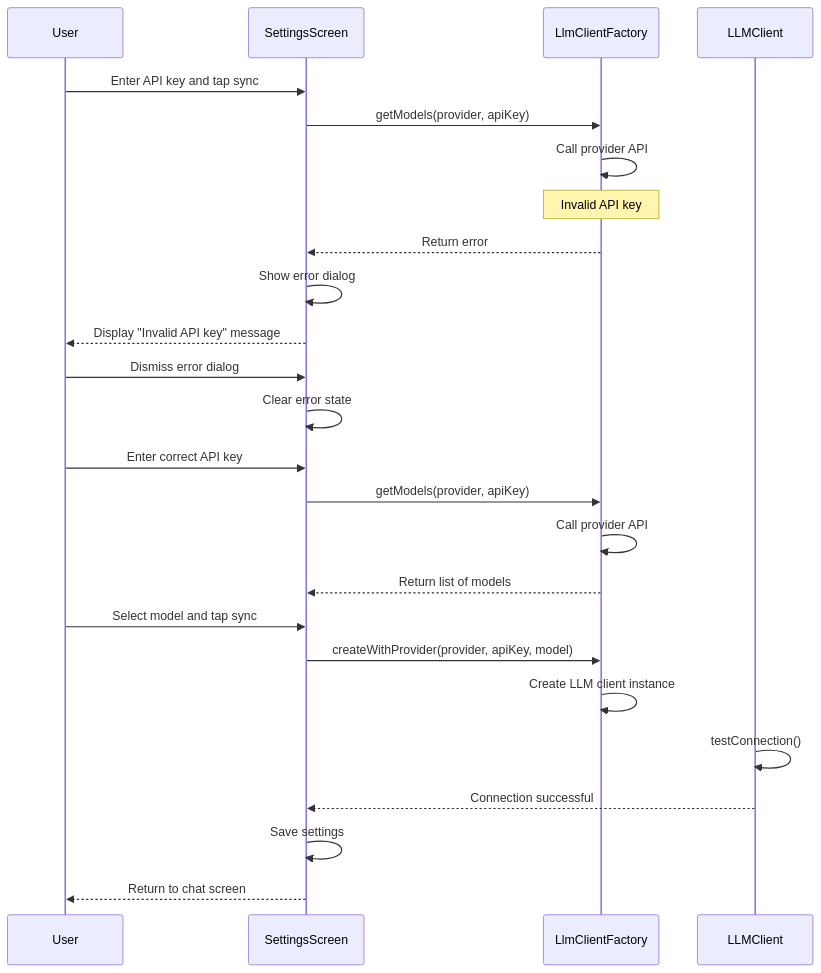
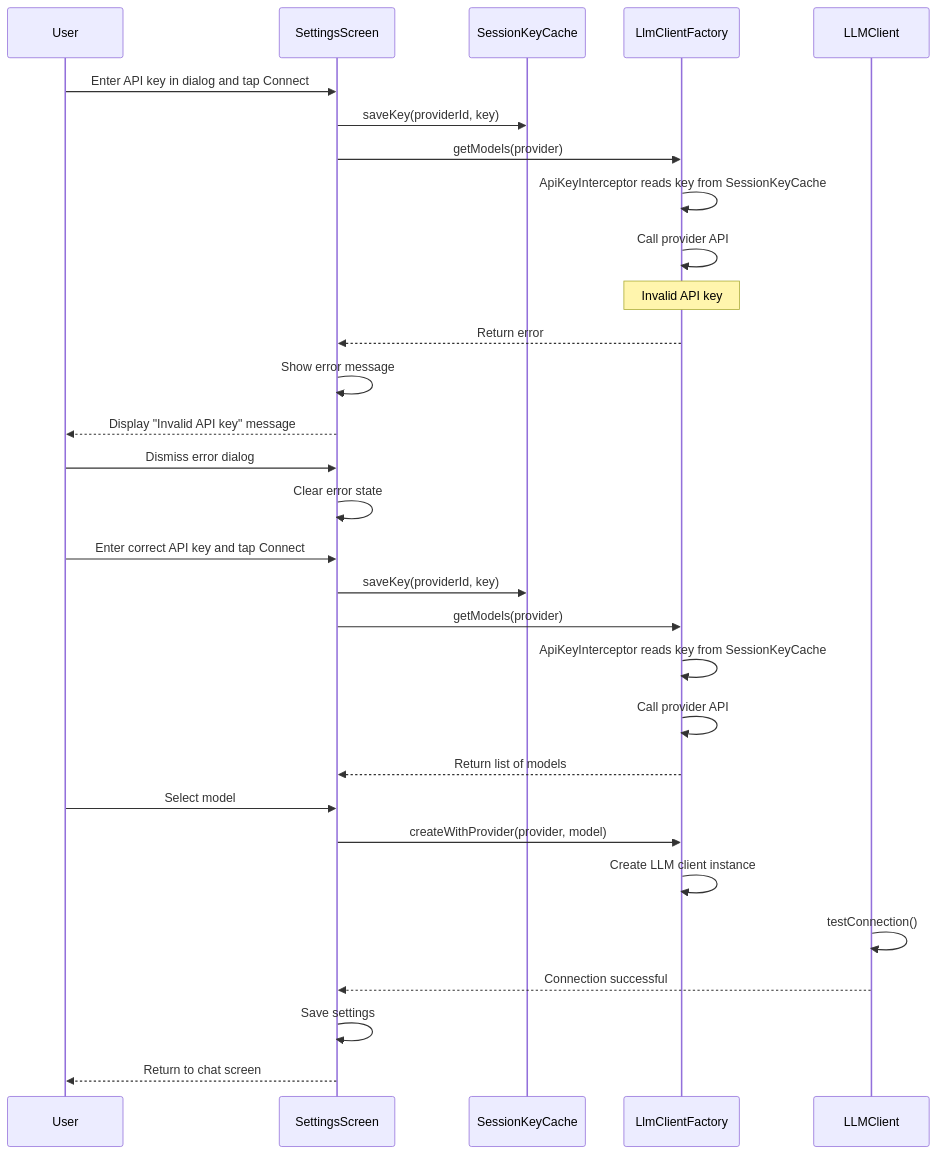
The fifth of 11 diagrams in docs/seq_others.md (lehoang318/buddy), drawn with Mermaid before and after one commit. The commit also changed other lines of this file and 9 other files, not shown here.

````diff
--- a/docs/seq_others.md
+++ b/docs/seq_others.md
@@ -155,33 +162,38 @@
 ```mermaid
 sequenceDiagram
     participant User
     participant SettingsScreen
+    participant SessionKeyCache
     participant LlmClientFactory
     participant LLMClient
 
-    User->>SettingsScreen: Enter API key and tap sync
-    SettingsScreen->>LlmClientFactory: getModels(provider, apiKey)
+    User->>SettingsScreen: Enter API key in dialog and tap Connect
+    SettingsScreen->>SessionKeyCache: saveKey(providerId, key)
+    SettingsScreen->>LlmClientFactory: getModels(provider)
+    LlmClientFactory->>LlmClientFactory: ApiKeyInterceptor reads key from SessionKeyCache
     LlmClientFactory->>LlmClientFactory: Call provider API
     Note over LlmClientFactory: Invalid API key
     LlmClientFactory-->>SettingsScreen: Return error
 
-    SettingsScreen->>SettingsScreen: Show error dialog
+    SettingsScreen->>SettingsScreen: Show error message
     SettingsScreen-->>User: Display "Invalid API key" message
 
     User->>SettingsScreen: Dismiss error dialog
     SettingsScreen->>SettingsScreen: Clear error state
 
-    User->>SettingsScreen: Enter correct API key
-    SettingsScreen->>LlmClientFactory: getModels(provider, apiKey)
+    User->>SettingsScreen: Enter correct API key and tap Connect
+    SettingsScreen->>SessionKeyCache: saveKey(providerId, key)
+    SettingsScreen->>LlmClientFactory: getModels(provider)
+    LlmClientFactory->>LlmClientFactory: ApiKeyInterceptor reads key from SessionKeyCache
     LlmClientFactory->>LlmClientFactory: Call provider API
     LlmClientFactory-->>SettingsScreen: Return list of models
 
-    User->>SettingsScreen: Select model and tap sync
-    SettingsScreen->>LlmClientFactory: createWithProvider(provider, apiKey, model)
+    User->>SettingsScreen: Select model
+    SettingsScreen->>LlmClientFactory: createWithProvider(provider, model)
     LlmClientFactory->>LlmClientFactory: Create LLM client instance
     LLMClient->>LLMClient: testConnection()
     LLMClient-->>SettingsScreen: Connection successful
 
     SettingsScreen->>SettingsScreen: Save settings
     SettingsScreen-->>User: Return to chat screen
 ```
````
